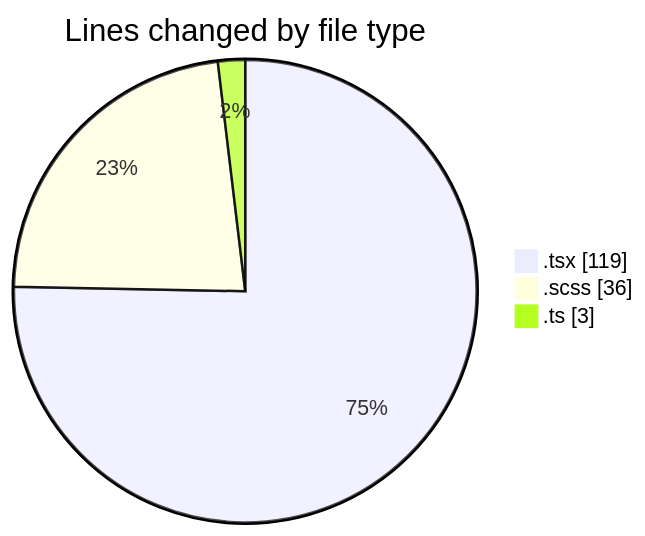
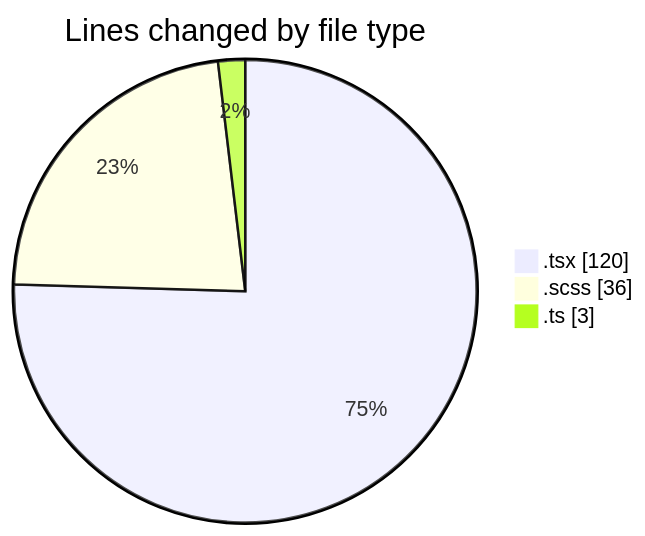
The first of 2 diagrams in 2026-10-30/cda/README.md (momahboobian/code-tracking), drawn with Mermaid before and after one commit. The commit also changed other lines of this file and 1 other file, not shown here.

````diff
--- a/2026-10-30/cda/README.md
+++ b/2026-10-30/cda/README.md
@@ -23,7 +23,7 @@
 ```mermaid
 pie showData
 title Lines changed by file type
-".tsx" : 119
+".tsx" : 120
 ".scss" : 36
 ".ts" : 3
 ```
````
